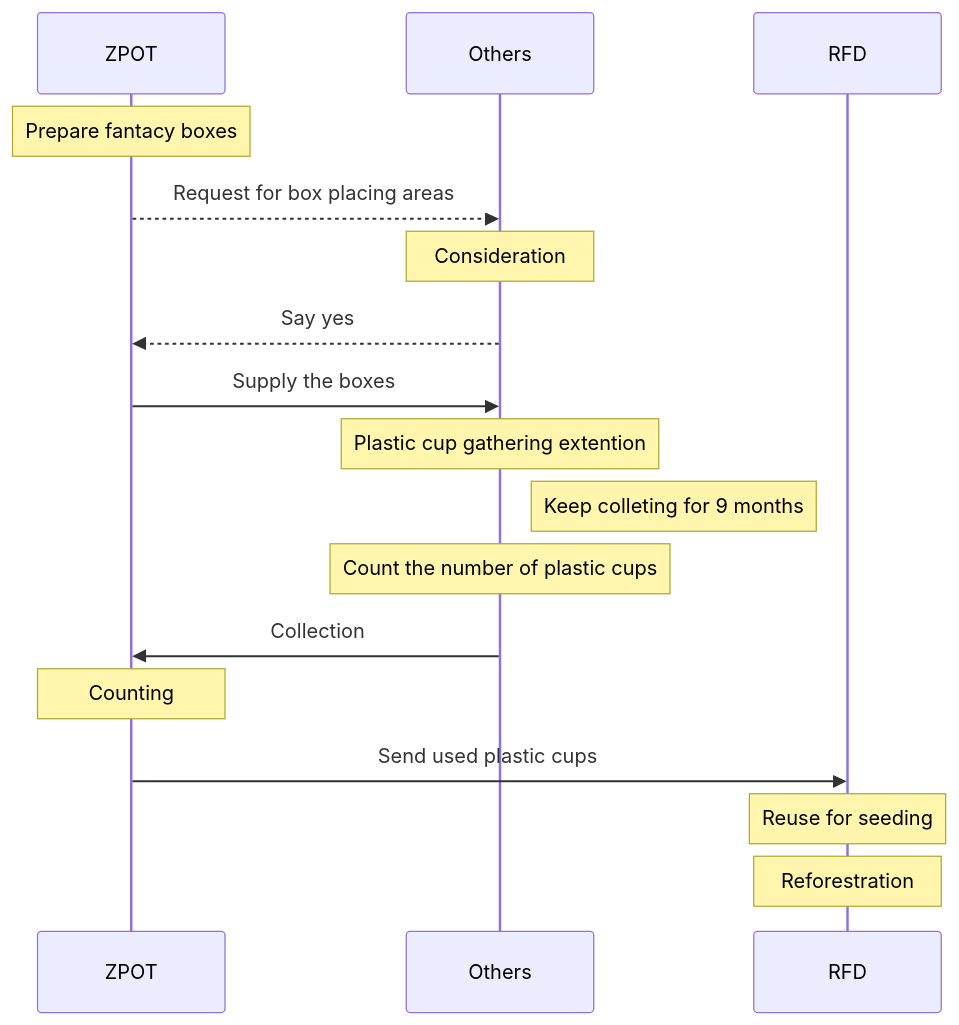
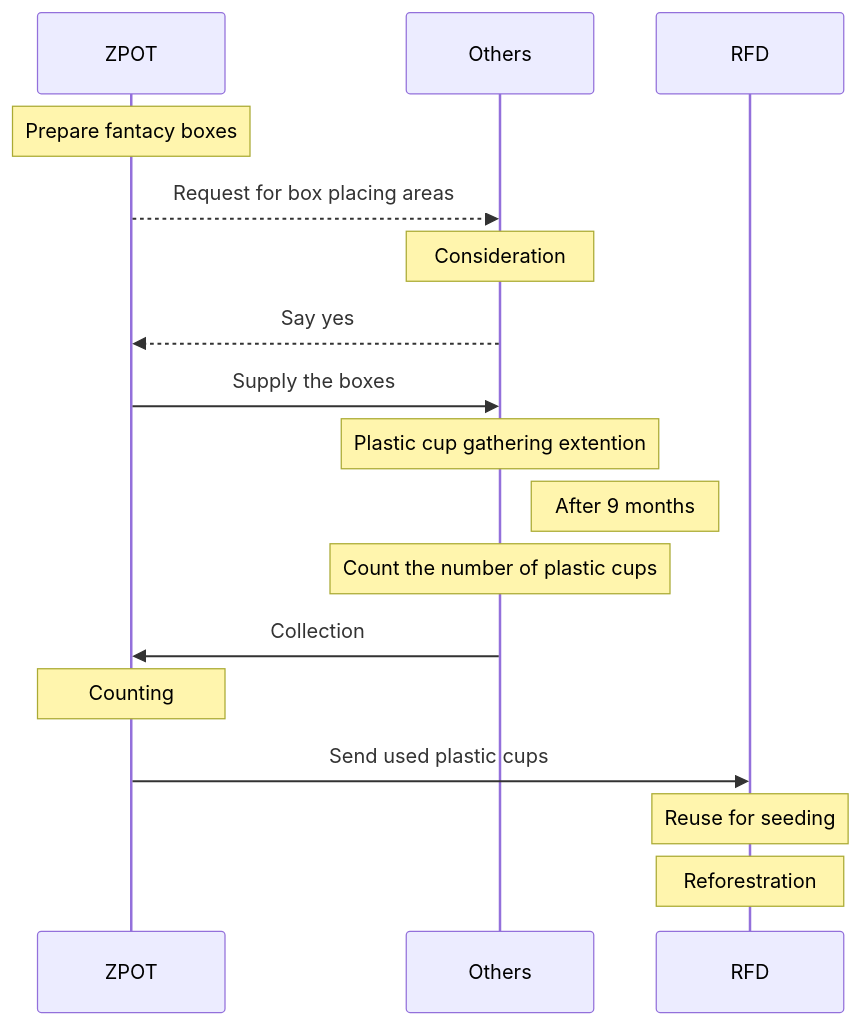
One commit to Kietpawpan/carbon changed the first of 2 diagrams in README.md. Above: the diagram before and after it, drawn with Mermaid.

````diff
--- a/README.md
+++ b/README.md
@@ -9,16 +9,16 @@
 ```mermaid
 sequenceDiagram
     Note over ZPOT: Prepare fantacy boxes  
     ZPOT-->>Others: Request for box placing areas
     Note over Others: Consideration
     Others-->>ZPOT: Say yes
     ZPOT->>Others: Supply the boxes
     Note over Others: Plastic cup gathering extention
-    Note right of Others: Keep colleting for 9 months
+    Note right of Others: After 9 months
     Note over Others: Count the number of plastic cups
     Others->>ZPOT: Collection
     Note over ZPOT: Counting
     ZPOT->>RFD: Send used plastic cups
     Note over RFD: Reuse for seeding
     Note over RFD: Reforestration
 ```
````
